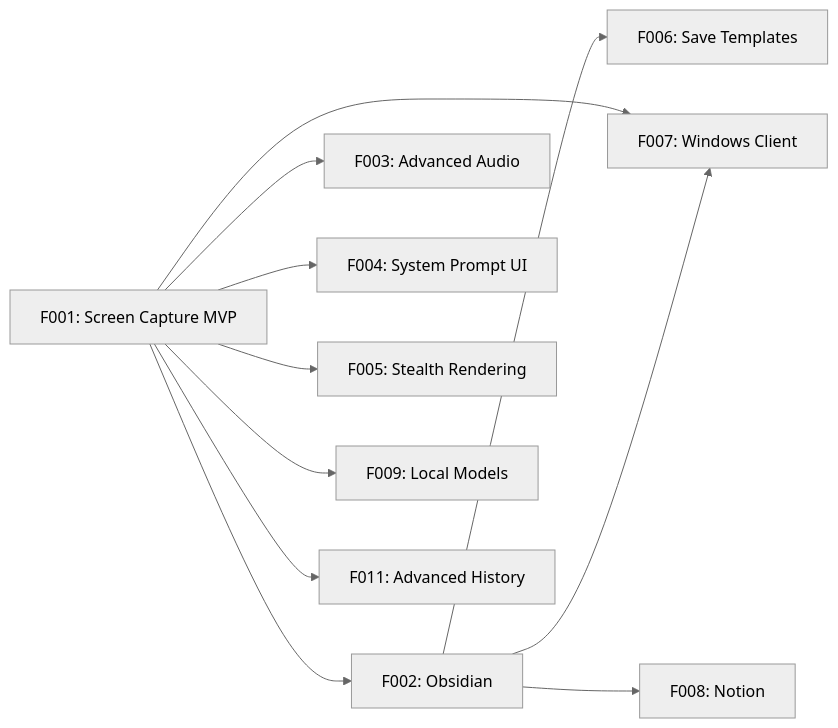
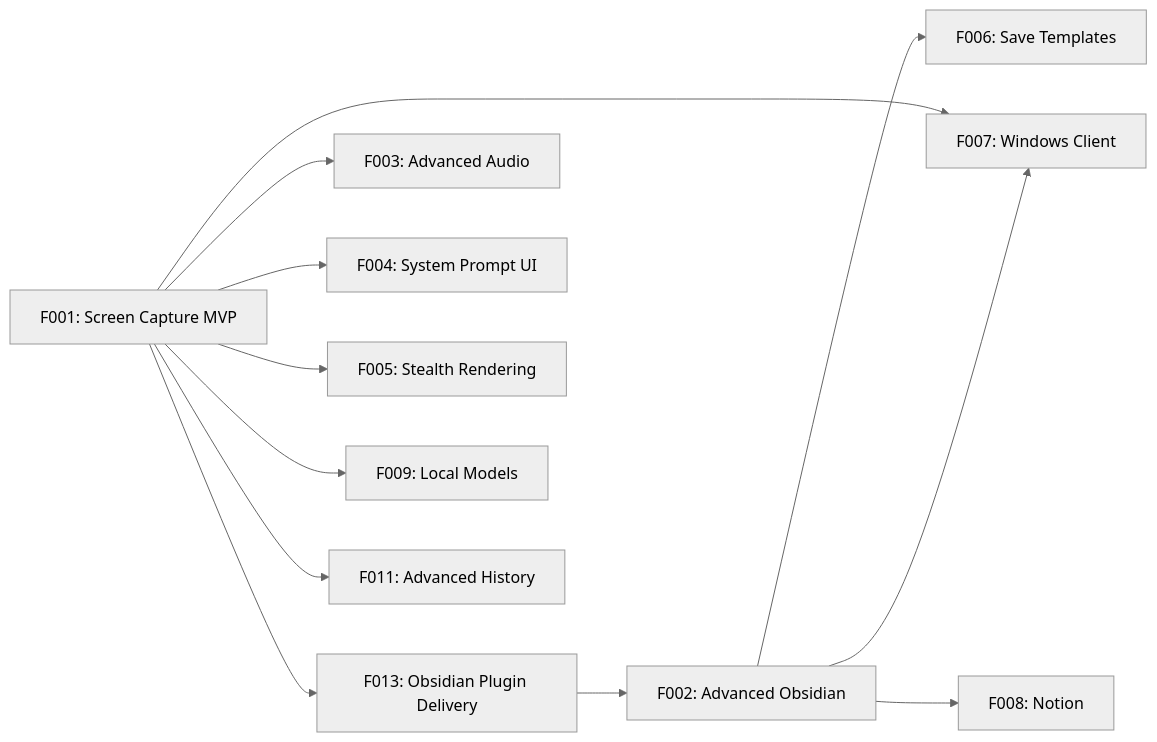
One commit to bgabrielma/gotit changed the diagram in BOARD.md. Above: the diagram before and after it, drawn with Mermaid (neutral theme). The commit also changed other lines of this file and 6 other files, not shown here.

````diff
--- a/BOARD.md
+++ b/BOARD.md
@@ -53,13 +58,14 @@
 ```mermaid
 graph LR
-    F001[F001: Screen Capture MVP] --> F002[F002: Obsidian]
+    F001[F001: Screen Capture MVP] --> F013[F013: Obsidian Plugin Delivery]
+    F013 --> F002[F002: Advanced Obsidian]
     F001 --> F003[F003: Advanced Audio]
     F001 --> F004[F004: System Prompt UI]
     F001 --> F005[F005: Stealth Rendering]
     F002 --> F006[F006: Save Templates]
     F001 --> F007[F007: Windows Client]
     F002 --> F007
     F002 --> F008[F008: Notion]
     F001 --> F009[F009: Local Models]
     F001 --> F011[F011: Advanced History]
 ```
````
